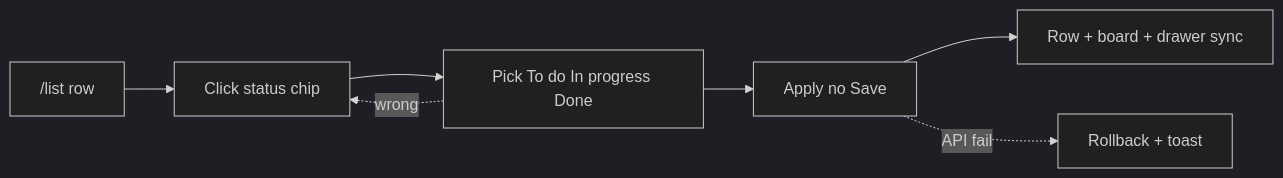
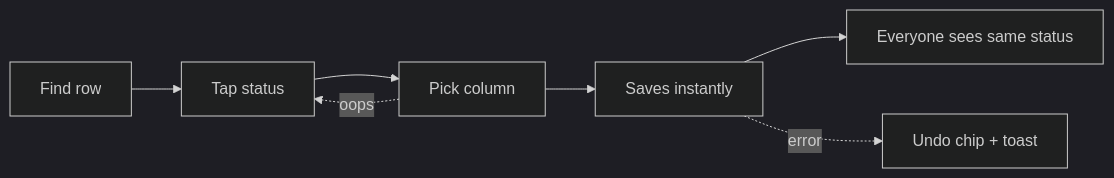
The third of 28 diagrams in research/user-journeys.md (wildan-png/todoAppWorkflow-design), drawn with Mermaid (dark theme) before and after one commit. The commit also changed other lines of this file, not shown here.

First line of the commit message:
docs: humanize user journey copy (Part A, steps, diagrams)

````diff
--- a/research/user-journeys.md
+++ b/research/user-journeys.md
@@ -146,9 +146,9 @@
 ```mermaid
 flowchart LR
-  L["/list row"] --> C[Click status chip]
-  C --> M[Pick To do In progress Done]
-  M --> A[Apply no Save]
-  A --> P[Row + board + drawer sync]
-  M -.->|wrong| C
-  A -.->|API fail| T[Rollback + toast]
+  L[Find row] --> C[Tap status]
+  C --> M[Pick column]
+  M --> A[Saves instantly]
+  A --> P[Everyone sees same status]
+  M -.->|oops| C
+  A -.->|error| T[Undo chip + toast]
 ```
````
